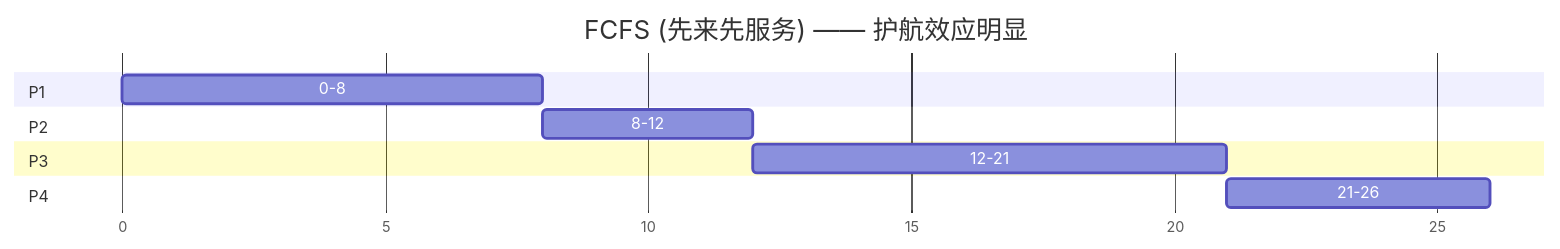
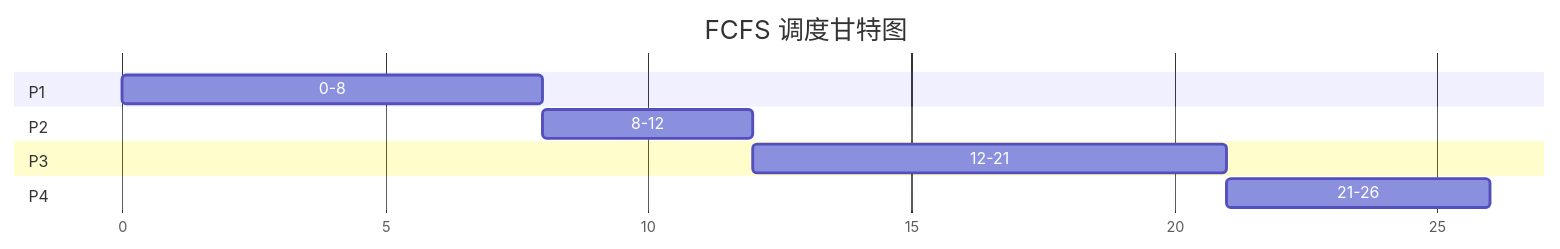
Before and after one commit to Lumivers/firefly: the first of 4 diagrams in src/content/posts/os/05_process_scheduling.md, drawn with Mermaid. The commit also changed other lines of this file and 39 other files, not shown here.

````diff
--- a/src/content/posts/os/05_process_scheduling.md
+++ b/src/content/posts/os/05_process_scheduling.md
@@ -73,15 +70,14 @@
 ```mermaid
 gantt
-    title FCFS (先来先服务) —— 护航效应明显
+    title FCFS 调度甘特图
     dateFormat X
     axisFormat %s
-    
     section P1
-    0-8    : 0, 8s
+    0-8   : 0, 8s
     section P2
-    8-12   : 4s
+    8-12  : 4s
     section P3
-    12-21  : 9s
+    12-21 : 9s
     section P4
-    21-26  : 5s
+    21-26 : 5s
 ```
````
